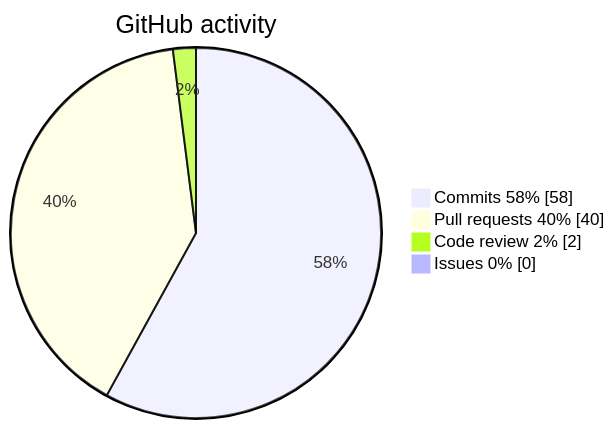
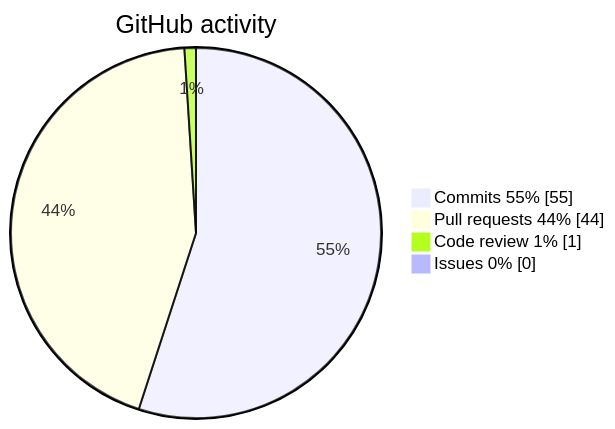
Before and after one commit to krotname/KrotName: the diagram in README.en.md, drawn with Mermaid. The commit also changed other lines of this file and 1 other file, not shown here.

Commit message:
Update profile metrics

````diff
--- a/README.en.md
+++ b/README.en.md
@@ -48,8 +48,8 @@
 ```mermaid
 pie showData
     title GitHub activity
-    "Commits 58%" : 58
-    "Pull requests 40%" : 40
-    "Code review 2%" : 2
+    "Commits 55%" : 55
+    "Pull requests 44%" : 44
+    "Code review 1%" : 1
     "Issues 0%" : 0
 ```
````
